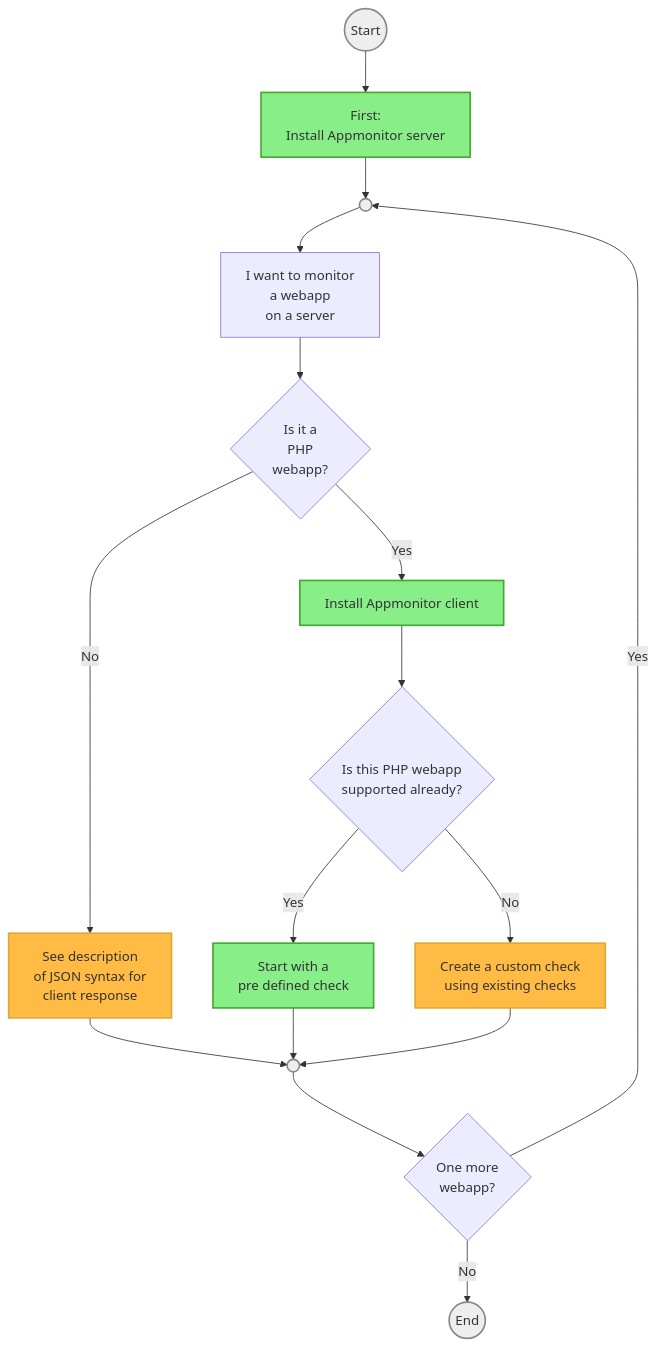
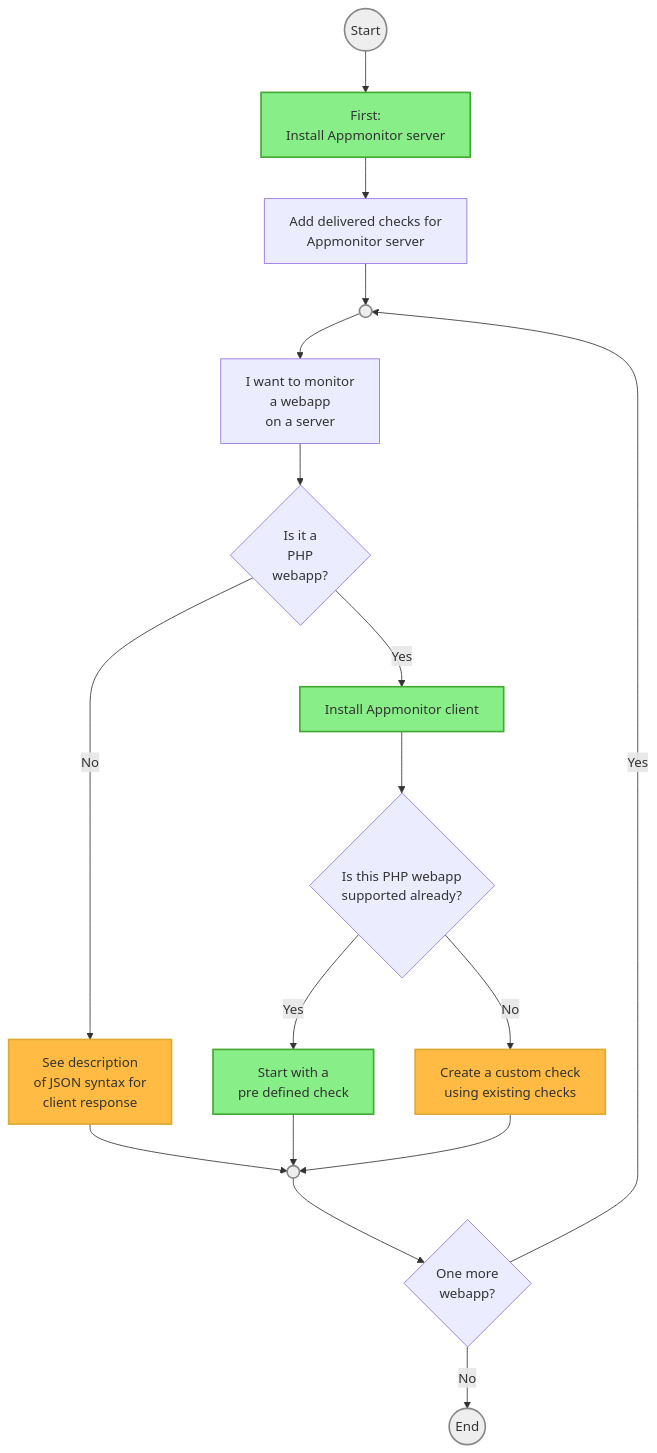
One commit to iml-it/appmonitor changed the diagram in docs/30_Quickstart/10_Monitor_a_webapp.md. Above: the diagram before and after it, drawn with Mermaid. The commit also changed other lines of this file, not shown here.

Commit message:
update mermaid

````diff
--- a/docs/30_Quickstart/10_Monitor_a_webapp.md
+++ b/docs/30_Quickstart/10_Monitor_a_webapp.md
@@ -5,60 +5,57 @@
 ``` mermaid
 flowchart TD
 
     %% ----- STYLING
 
     style START fill:#eee,stroke:#888,stroke-width:2px
     style END fill:#eee,stroke:#888,stroke-width:2px
 
+    classDef ok fill:#8e8,stroke:#4a3,stroke-width:2px
+    classDef work fill:#fb4,stroke:#da3,stroke-width:2px
+
     style LOOPSTART fill:#eee,stroke:#888,stroke-width:2px
     style LOOPEND fill:#eee,stroke:#888,stroke-width:2px
-
-    style SRV fill:#8e8,stroke:#4a3,stroke-width:2px
-    style InstallClient fill:#8e8,stroke:#4a3,stroke-width:2px
-    
-    style UseAppCheck fill:#8e8,stroke:#4a3,stroke-width:2px
-    style SeeDescription fill:#fb4,stroke:#da3,stroke-width:2px
-    style CreateChecks fill:#fb4,stroke:#da3,stroke-width:2px
 
     %% ----- NODES
 
     START((Start))
     END((End))
     LOOPSTART(( ))
     
     SRV[First:<br>Install Appmonitor server]
+    AddAppminitorCheck[Add delivered checks for<br>Appmonitor server]
     WannaMonitor[I want to monitor<br>a webapp<br>on a server]
-    IsPHP{Is it a<br>PHP<br>webapp?}
+    IsPHP{Is it a<br>PHP <br>webapp?}
 
     SeeDescription[See description<br>of JSON syntax for<br> client response]
     InstallClient[Install Appmonitor client]
     SupportedApp{Is this PHP webapp<br>supported already?}
     UseAppCheck[Start with a<br>pre defined check]
     CreateChecks[Create a custom check<br>using existing checks]
 
     LOOPEND(( ))
     MOREAPPS{One more<br>webapp?}
 
 
     %% ----- NODES
 
-    START --> SRV --> LOOPSTART
+    START --> SRV:::ok --> AddAppminitorCheck --> LOOPSTART
     LOOPSTART --> WannaMonitor
     WannaMonitor --> IsPHP
-    IsPHP -->|No| SeeDescription
+    IsPHP -->|No| SeeDescription:::work
     
-    IsPHP -->|Yes| InstallClient
+    IsPHP -->|Yes| InstallClient:::ok
     InstallClient --> SupportedApp
-    SupportedApp --> |Yes| UseAppCheck
-    SupportedApp --> |No| CreateChecks
+    SupportedApp --> |Yes| UseAppCheck:::ok
+    SupportedApp --> |No| CreateChecks:::work
 
     SeeDescription --> LOOPEND
     UseAppCheck --> LOOPEND
     CreateChecks --> LOOPEND
 
     LOOPEND --> MOREAPPS
 
     MOREAPPS --> |Yes| LOOPSTART
     MOREAPPS --> |No| END
 
 ```
````
